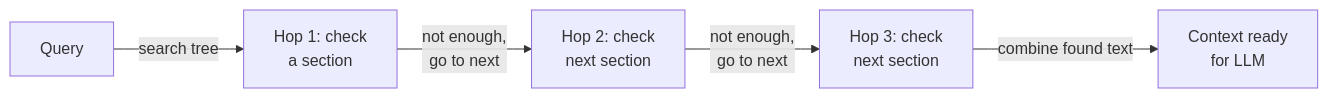
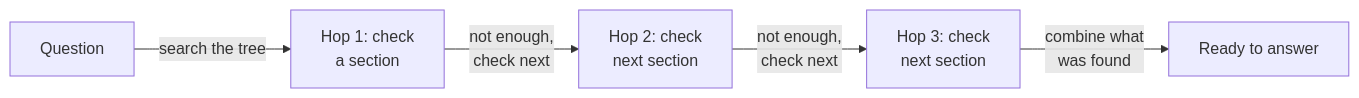
Before and after one commit to AyushSinghRana15/Vectorless-RAG: the third of 3 diagrams in lab2/lab2_vectorless_rag_advanced.md, drawn with Mermaid. The commit also changed other lines of this file and 1 other file, not shown here.

````diff
--- a/lab2/lab2_vectorless_rag_advanced.md
+++ b/lab2/lab2_vectorless_rag_advanced.md
@@ -150,7 +88,7 @@
 ```mermaid
 flowchart LR
-    A[Query] -->|search tree| B[Hop 1: check<br/>a section]
-    B -->|not enough,<br/>go to next| C[Hop 2: check<br/>next section]
-    C -->|not enough,<br/>go to next| D[Hop 3: check<br/>next section]
-    D -->|combine found text| E[Context ready<br/>for LLM]
+    A[Question] -->|search the tree| B[Hop 1: check<br/>a section]
+    B -->|not enough,<br/>check next| C[Hop 2: check<br/>next section]
+    C -->|not enough,<br/>check next| D[Hop 3: check<br/>next section]
+    D -->|combine what<br/>was found| E[Ready to answer]
 ```
````
